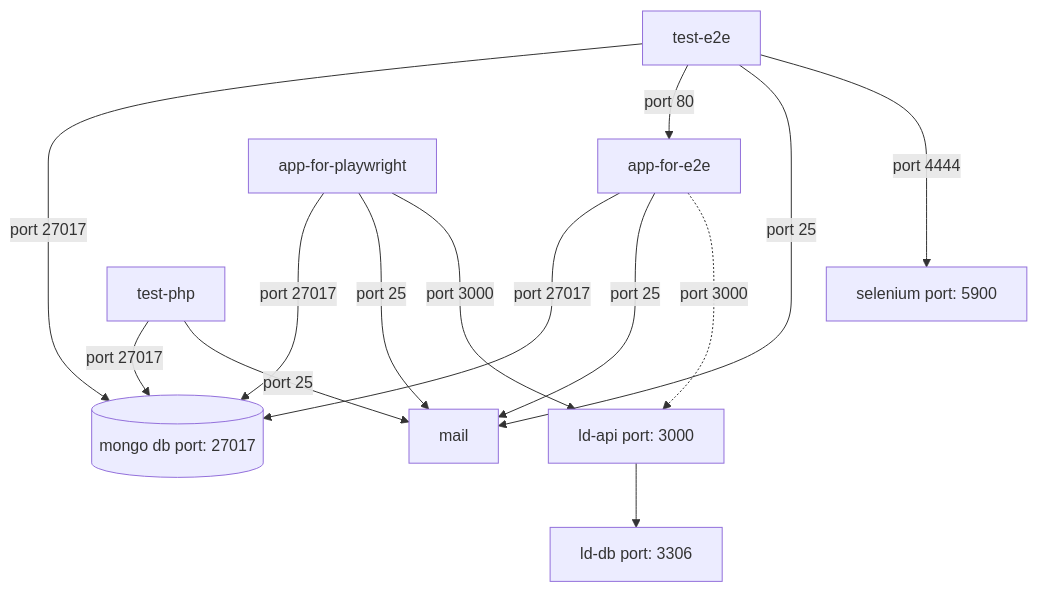
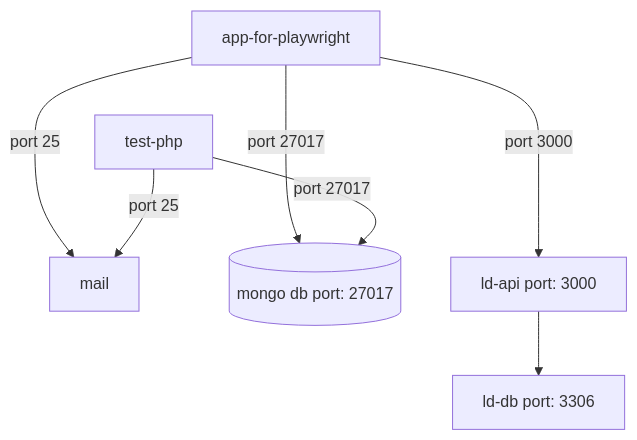
The second of 2 diagrams in docs/DIAGRAM.md (sillsdev/web-languageforge), drawn with Mermaid before and after one commit. The commit also changed 13 other files, not shown here.

````diff
--- a/docs/DIAGRAM.md
+++ b/docs/DIAGRAM.md
@@ -52,32 +52,20 @@
 ```mermaid
 %%{init: {'flowchart': {'curve': 'basis'}}}%%
 flowchart TB
 
     mail
     db[(mongo db port: 27017)]
-    selenium[selenium port: 5900]
     ld-db[ld-db port: 3306]
     ld-api[ld-api port: 3000]
     ld-api --> ld-db
-
-    test-e2e
-    test-e2e -- port 27017 --> db
-    test-e2e -- port 80 --> app-for-e2e
-    test-e2e -- port 25 --> mail
-    test-e2e -- port 4444 ---> selenium
-
-    app-for-e2e
-    app-for-e2e -- port 27017 ---> db
-    app-for-e2e -- port 25 ---> mail
-    app-for-e2e -. port 3000 ..-> ld-api
 
     app-for-playwright
     app-for-playwright -- port 27017 ---> db
     app-for-playwright -- port 25 ---> mail
     app-for-playwright -- port 3000 ---> ld-api
 
     test-php
     test-php -- port 27017 --> db
     test-php -- port 25 --> mail
 
 ```
````
